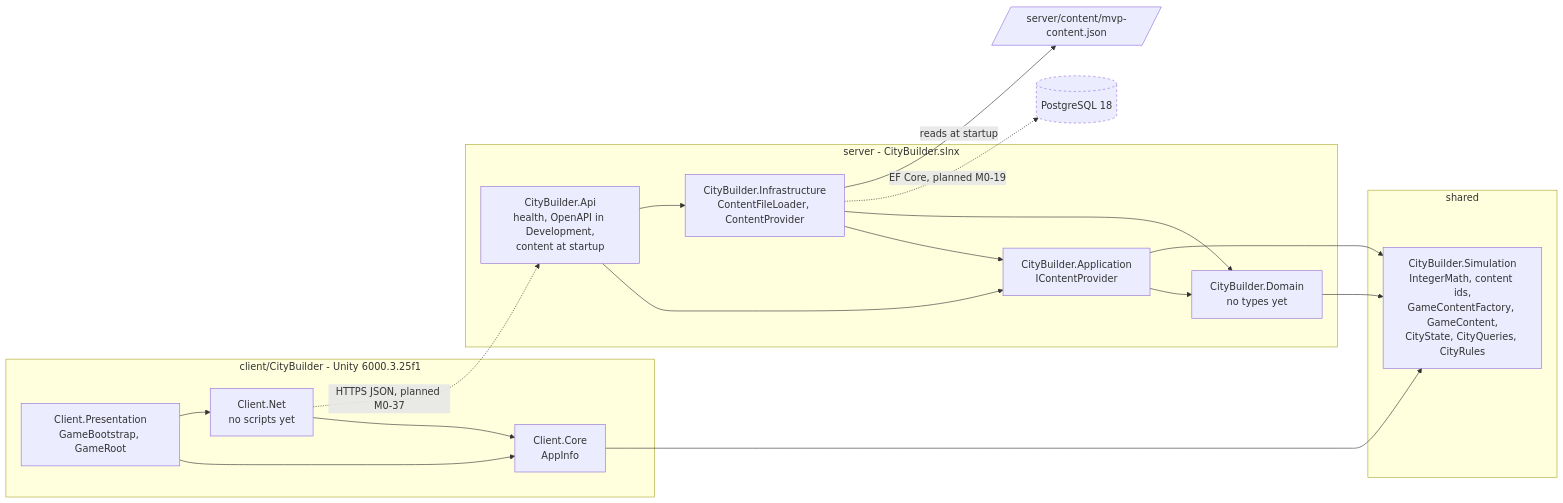
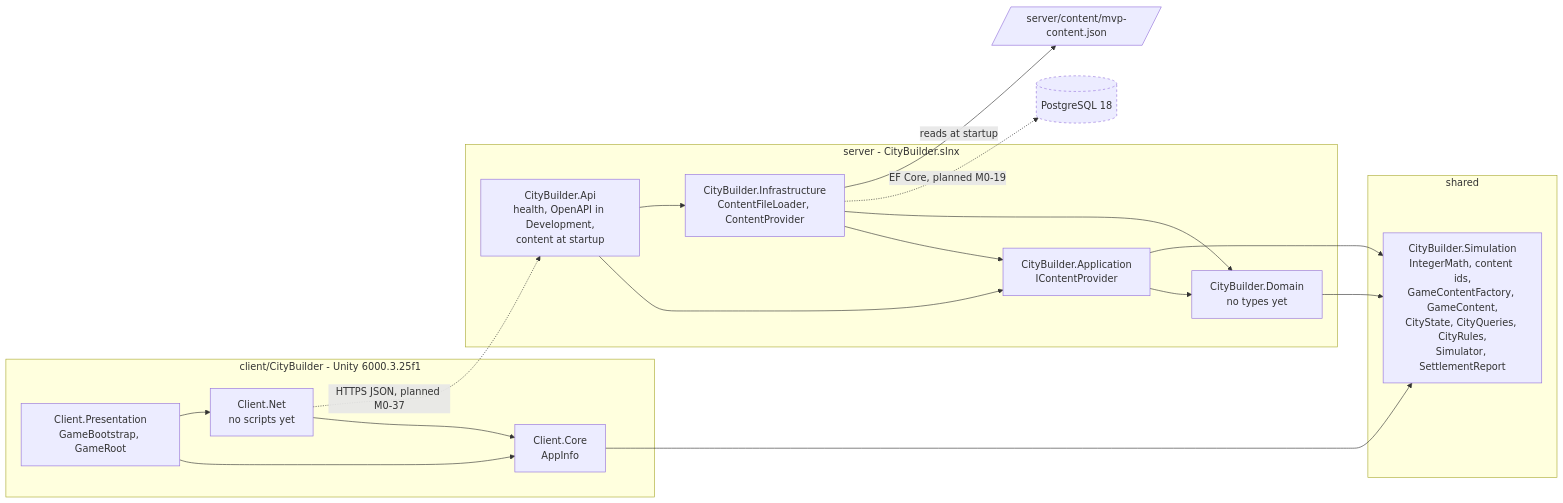
One commit to Samurai-netizen/citybuild changed the diagram in docs/architecture/overview.md. Above: the diagram before and after it, drawn with Mermaid. The commit also changed other lines of this file and 42 other files, not shown here.

````diff
--- a/docs/architecture/overview.md
+++ b/docs/architecture/overview.md
@@ -14,35 +14,35 @@
 ```mermaid
 flowchart LR
   subgraph clientside["client/CityBuilder - Unity 6000.3.25f1"]
     PRES["Client.Presentation<br/>GameBootstrap, GameRoot"]
     NET["Client.Net<br/>no scripts yet"]
     CORE["Client.Core<br/>AppInfo"]
   end
   subgraph sharedside["shared"]
-    SIM["CityBuilder.Simulation<br/>IntegerMath, content ids,<br/>GameContentFactory, GameContent,<br/>CityState, CityQueries, CityRules"]
+    SIM["CityBuilder.Simulation<br/>IntegerMath, content ids,<br/>GameContentFactory, GameContent,<br/>CityState, CityQueries, CityRules,<br/>Simulator, SettlementReport"]
   end
   subgraph serverside["server - CityBuilder.slnx"]
     API["CityBuilder.Api<br/>health, OpenAPI in Development,<br/>content at startup"]
     INF["CityBuilder.Infrastructure<br/>ContentFileLoader, ContentProvider"]
     APP["CityBuilder.Application<br/>IContentProvider"]
     DOM["CityBuilder.Domain<br/>no types yet"]
   end
   DB[("PostgreSQL 18")]
   FILE[/"server/content/mvp-content.json"/]
   PRES --> CORE
   PRES --> NET
   NET --> CORE
   CORE --> SIM
   API --> APP
   API --> INF
   INF --> APP
   INF --> DOM
   APP --> DOM
   APP --> SIM
   DOM --> SIM
   NET -.->|"HTTPS JSON, planned M0-37"| API
   INF -.->|"EF Core, planned M0-19"| DB
   INF -->|"reads at startup"| FILE
   classDef planned stroke-dasharray: 4 4
   class DB planned
 ```
````
